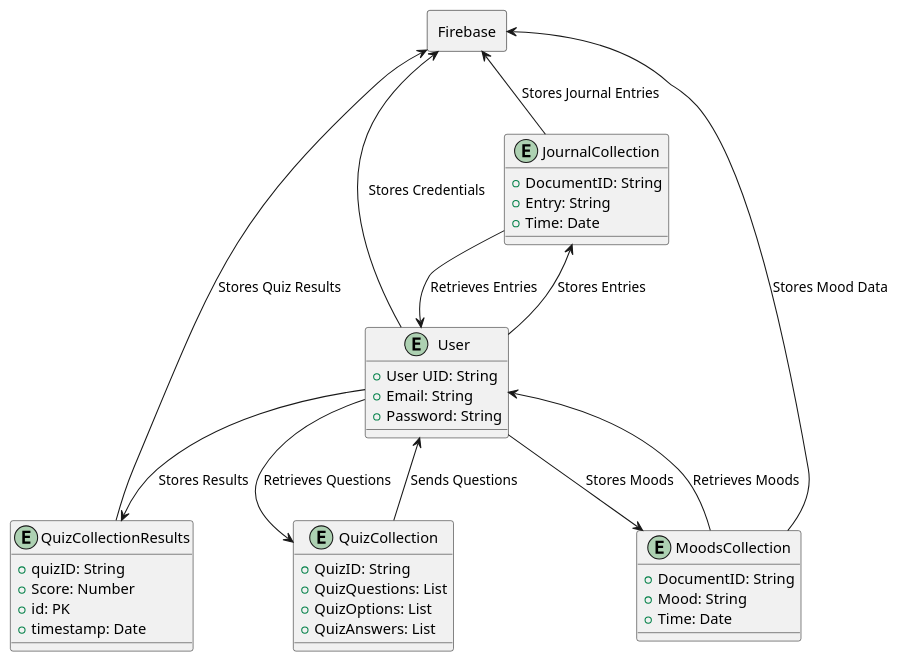
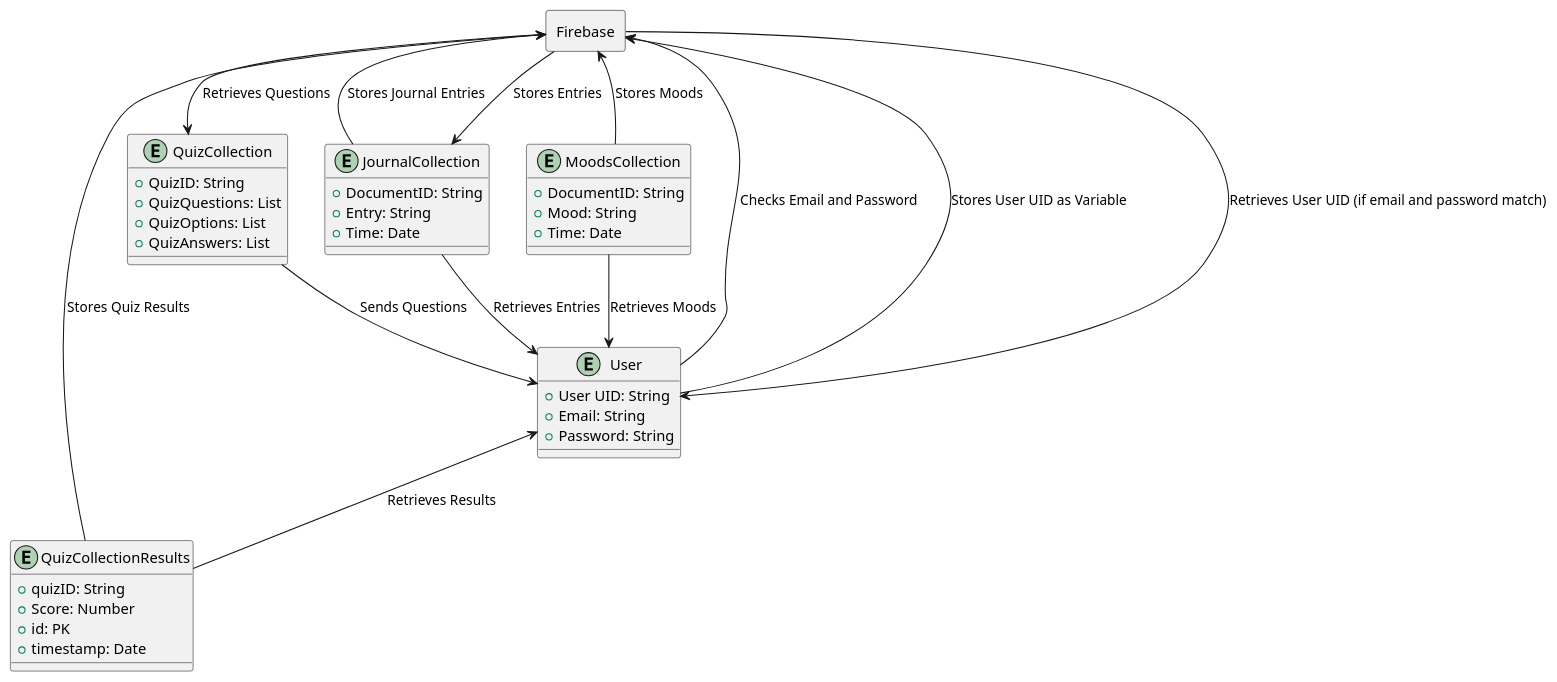
One commit to LeannaJane/BigFeelings changed the diagram in big_feelings/ClassUML/UMLcode/DataStructure.puml. Above: the diagram before and after it, drawn with PlantUML. The commit also changed 2 other files, not shown here.

```diff
--- a/big_feelings/ClassUML/UMLcode/DataStructure.puml
+++ b/big_feelings/ClassUML/UMLcode/DataStructure.puml
@@ -1,62 +1,63 @@
 @startuml
 
 ' Define the skin parameters for better visualization
 skinparam rectangle {
   StrokeColor Black
   BorderColor Black
 }
 
 ' Entities
 entity User {
   + User UID: String
   + Email: String
   + Password: String
 }
 
 entity QuizCollection {
   + QuizID: String
   + QuizQuestions: List
   + QuizOptions: List
   + QuizAnswers: List
 }
 
 entity QuizCollectionResults {
   + quizID: String
   + Score: Number
   + id: PK
   + timestamp: Date
 }
 
 entity JournalCollection {
   + DocumentID: String
   + Entry: String
   + Time: Date
 }
 
 entity MoodsCollection {
   + DocumentID: String
   + Mood: String
   + Time: Date
 }
 
 ' Firebase database mockup
 rectangle Firebase {
   ' Placeholder to represent Firebase
 }
 
 ' Data flows
-User --> Firebase : Stores Credentials
-User --> QuizCollection : Retrieves Questions
+User --> Firebase : Checks Email and Password
+Firebase --> User : Retrieves User UID (if email and password match)
+User --> Firebase : Stores User UID as Variable
+Firebase --> QuizCollection : Retrieves Questions
 QuizCollection --> User : Sends Questions
-User --> QuizCollectionResults : Stores Results
-User --> JournalCollection : Stores Entries
+User <-- QuizCollectionResults : Retrieves Results
+Firebase --> JournalCollection : Stores Entries
 JournalCollection --> User : Retrieves Entries
-User --> MoodsCollection : Stores Moods
+Firebase <-- MoodsCollection : Stores Moods
 MoodsCollection --> User : Retrieves Moods
 
 ' Showing data storage in Firebase
 Firebase <-- QuizCollectionResults : Stores Quiz Results
 Firebase <-- JournalCollection : Stores Journal Entries
-Firebase <-- MoodsCollection : Stores Mood Data
 
 @enduml
```
